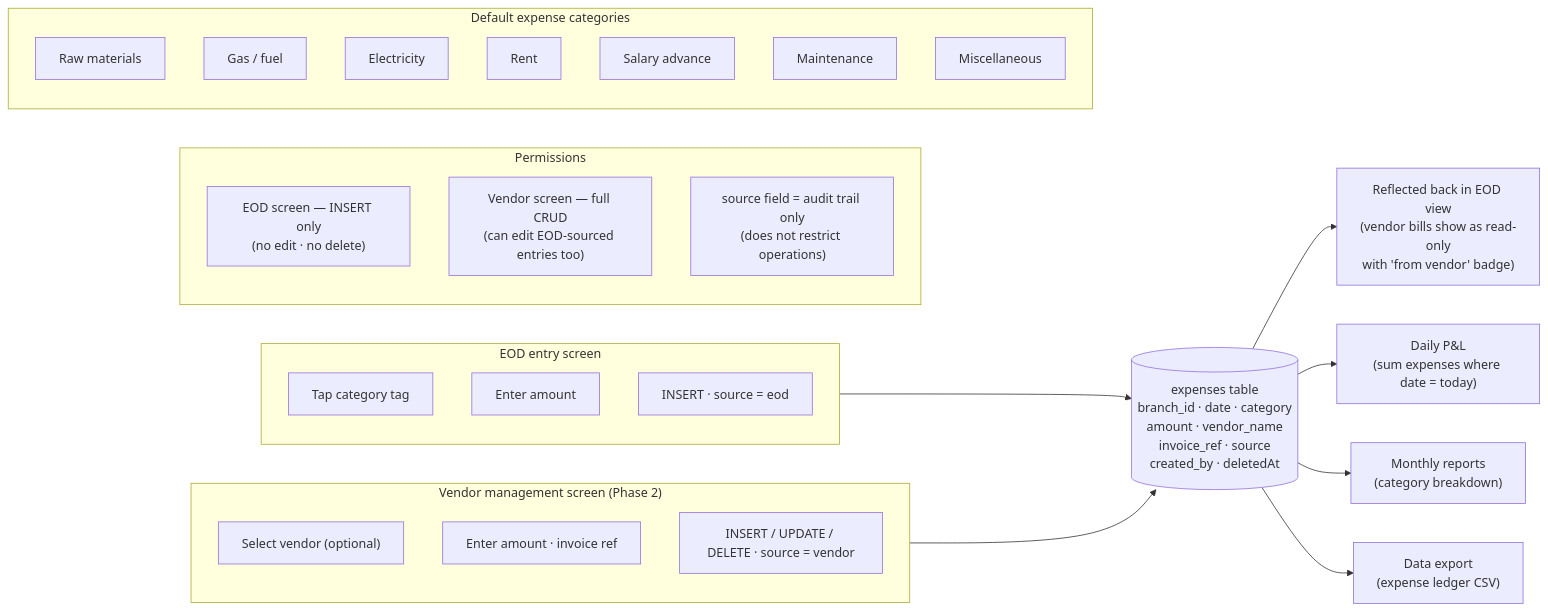
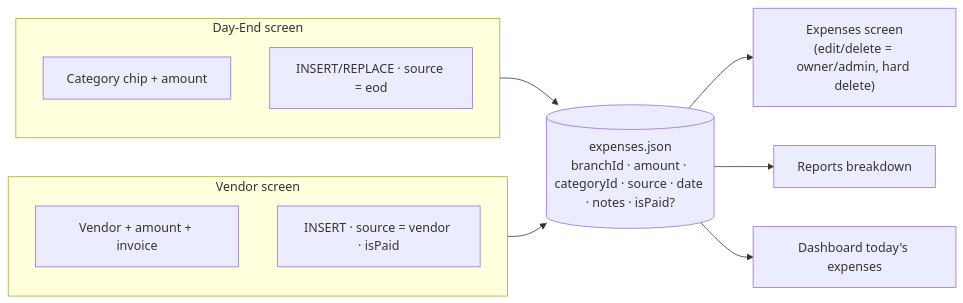
The eighth of 14 diagrams in Documentations/MODULE-MAPS.md (AbhishekS-381/Sree-Vaishnaves-Management), drawn with Mermaid before and after one commit. The commit also changed other lines of this file and 33 other files, not shown here.

````diff
--- a/Documentations/MODULE-MAPS.md
+++ b/Documentations/MODULE-MAPS.md
@@ -391,40 +196,17 @@
 ```mermaid
 flowchart LR
-  subgraph ENTRY_EOD["EOD entry screen"]
-    E1["Tap category tag"]
-    E2["Enter amount"]
-    E3["INSERT · source = eod"]
+  subgraph EOD_ENTRY["Day-End screen"]
+    E1["Category chip + amount"]
+    E2["INSERT/REPLACE · source = eod"]
   end
-
-  subgraph ENTRY_VEN["Vendor management screen (Phase 2)"]
-    V1["Select vendor (optional)"]
-    V2["Enter amount · invoice ref"]
-    V3["INSERT / UPDATE / DELETE · source = vendor"]
+  subgraph VEN_SCREEN["Vendor screen"]
+    V1["Vendor + amount + invoice"]
+    V2["INSERT · source = vendor · isPaid"]
   end
-
-  ENTRY_EOD --> LEDGER
-  ENTRY_VEN --> LEDGER
-
-  LEDGER[("expenses table\nbranch_id · date · category\namount · vendor_name\ninvoice_ref · source\ncreated_by · deletedAt")]
-
-  LEDGER --> REFLECT["Reflected back in EOD view\n(vendor bills show as read-only\nwith 'from vendor' badge)"]
-  LEDGER --> PL["Daily P&L\n(sum expenses where date = today)"]
-  LEDGER --> MONTHLY["Monthly reports\n(category breakdown)"]
-  LEDGER --> EXPORT["Data export\n(expense ledger CSV)"]
-
-  subgraph PERMS["Permissions"]
-    P1["EOD screen — INSERT only\n(no edit · no delete)"]
-    P2["Vendor screen — full CRUD\n(can edit EOD-sourced entries too)"]
-    P3["source field = audit trail only\n(does not restrict operations)"]
-  end
-
-  subgraph CATS["Default expense categories"]
-    C1["Raw materials"]
-    C2["Gas / fuel"]
-    C3["Electricity"]
-    C4["Rent"]
-    C5["Salary advance"]
-    C6["Maintenance"]
-    C7["Miscellaneous"]
-  end
+  EOD_ENTRY --> LEDGER
+  VEN_SCREEN --> LEDGER
+  LEDGER[("expenses.json\nbranchId · amount · categoryId · source · date · notes · isPaid?")]
+  LEDGER --> EXPVIEW["Expenses screen\n(edit/delete = owner/admin, hard delete)"]
+  LEDGER --> REPORTS["Reports breakdown"]
+  LEDGER --> DASH["Dashboard today's expenses"]
 ```
````
